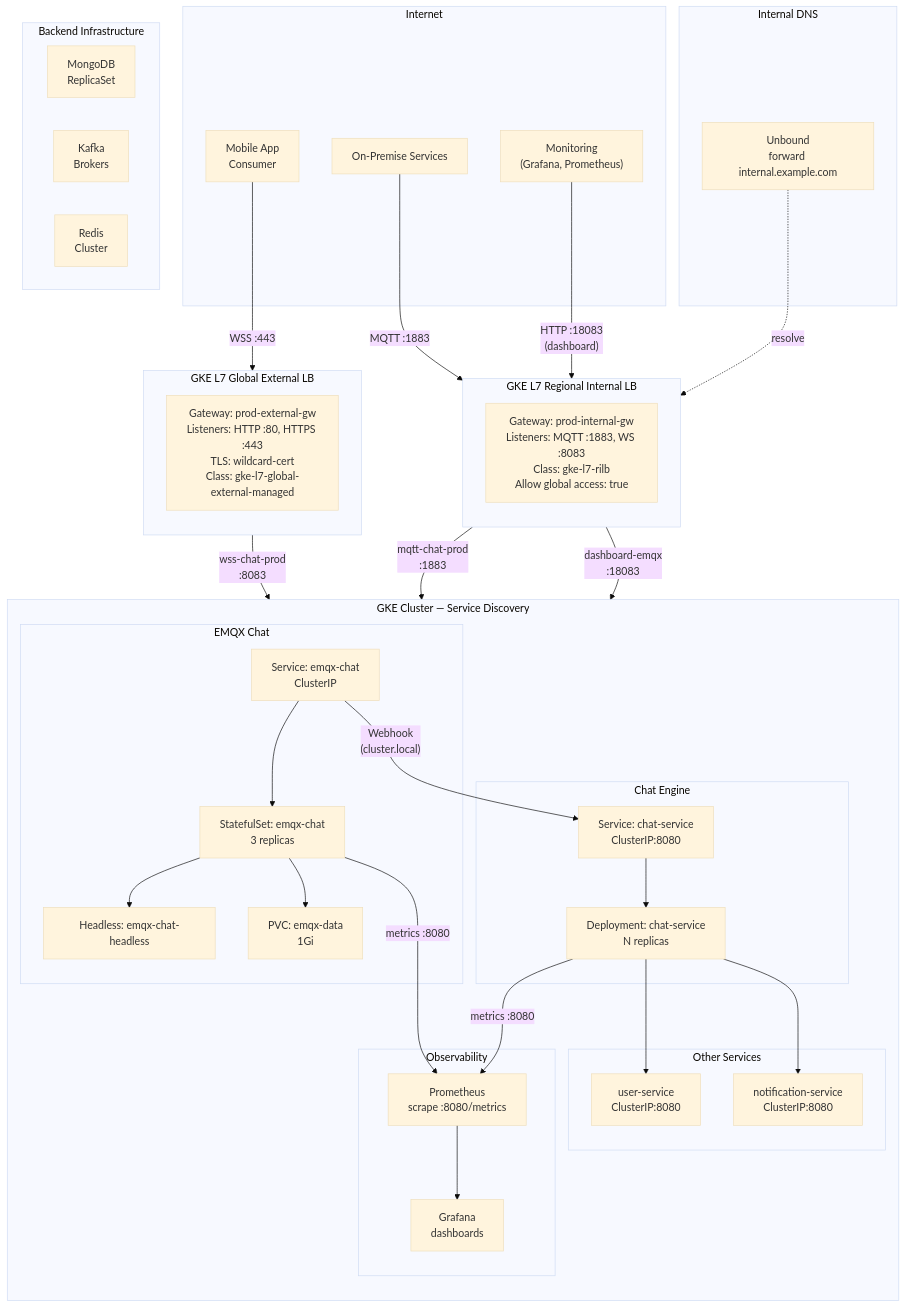
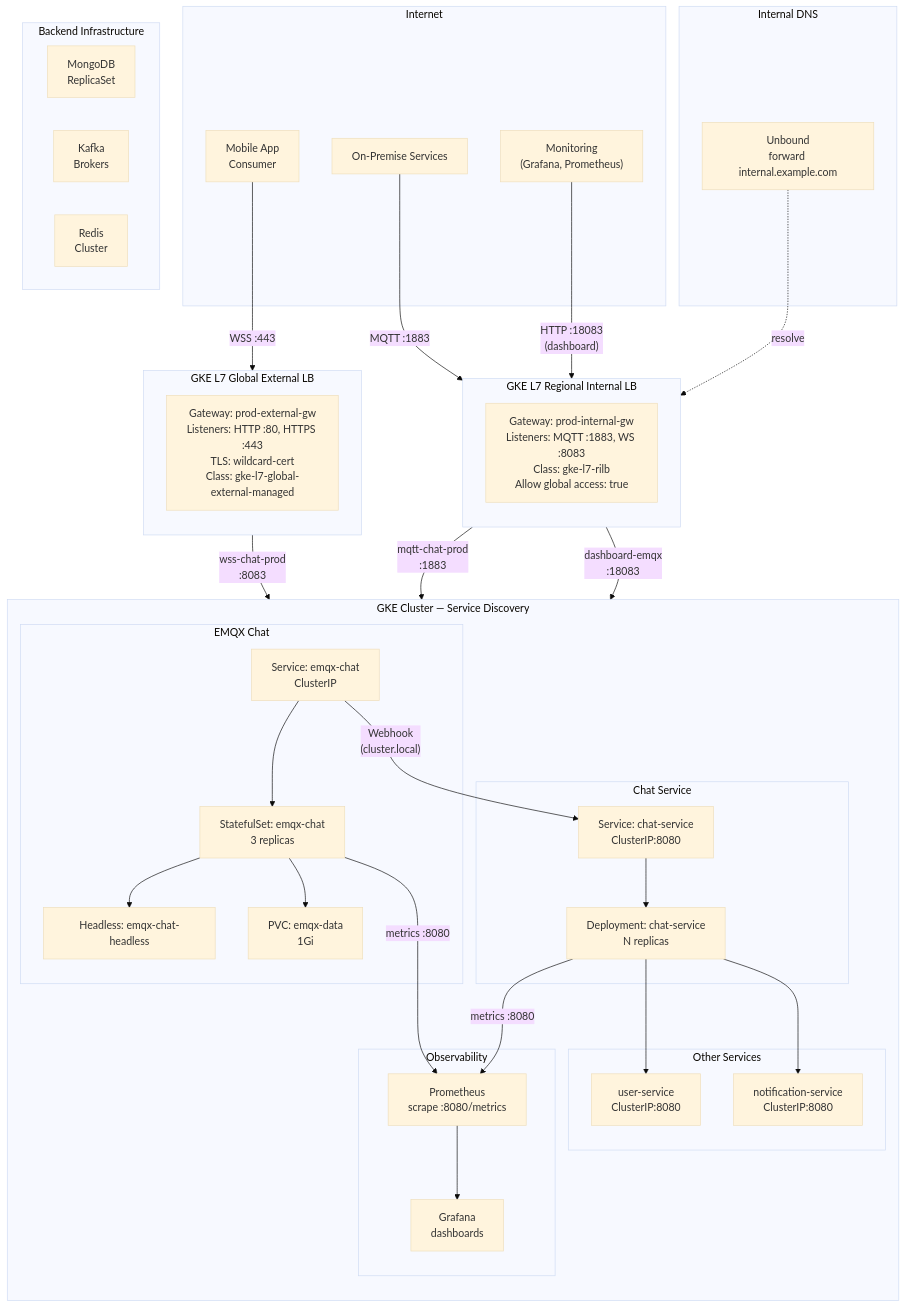
The fifth of 5 diagrams in src/content/docs/04-conferences/kcd-indonesia-2026/presentation-draft.md (ahmadnurhidayat/docs), drawn with Mermaid (base theme) before and after one commit. The commit also changed other lines of this file and 9 other files, not shown here.

````diff
--- a/src/content/docs/04-conferences/kcd-indonesia-2026/presentation-draft.md
+++ b/src/content/docs/04-conferences/kcd-indonesia-2026/presentation-draft.md
@@ -298,77 +298,77 @@
 ```mermaid
 flowchart TB
     subgraph INTERNET["Internet"]
         MOBILE["Mobile App<br/>Consumer"]
         ONPREM["On-Premise Services"]
         MONITOR["Monitoring<br/>(Grafana, Prometheus)"]
     end
 
     subgraph EXT_LB["GKE L7 Global External LB"]
         direction TB
         EXT_GW["Gateway: prod-external-gw<br/>Listeners: HTTP :80, HTTPS :443<br/>TLS: wildcard-cert<br/>Class: gke-l7-global-external-managed"]
     end
 
     subgraph INT_LB["GKE L7 Regional Internal LB"]
         direction TB
         INT_GW["Gateway: prod-internal-gw<br/>Listeners: MQTT :1883, WS :8083<br/>Class: gke-l7-rilb<br/>Allow global access: true"]
     end
 
     subgraph K8S["GKE Cluster — Service Discovery"]
         direction TB
 
         subgraph APP_CHAT["EMQX Chat"]
             CH_SVC["Service: emqx-chat<br/>ClusterIP"]
             CH_STS["StatefulSet: emqx-chat<br/>3 replicas"]
             CH_HD["Headless: emqx-chat-headless"]
             CH_PVC["PVC: emqx-data<br/>1Gi"]
         end
 
-        subgraph CHAT_ENGINE["Chat Engine"]
+        subgraph CHAT_ENGINE["Chat Service"]
             CE_SVC["Service: chat-service<br/>ClusterIP:8080"]
             CE_DEP["Deployment: chat-service<br/>N replicas"]
         end
 
         subgraph OTHER_SVCS["Other Services"]
             USER["user-service<br/>ClusterIP:8080"]
             NOTIF["notification-service<br/>ClusterIP:8080"]
         end
 
         subgraph OBSERVABILITY["Observability"]
             PROM["Prometheus<br/>scrape :8080/metrics"]
             GRAFANA["Grafana<br/>dashboards"]
         end
     end
 
     subgraph DNS["Internal DNS"]
         UNBOUND["Unbound<br/>forward internal.example.com"]
     end
 
     subgraph BACKEND_EXT["Backend Infrastructure"]
         MONGO["MongoDB<br/>ReplicaSet"]
         KAFKA["Kafka<br/>Brokers"]
         REDIS["Redis<br/>Cluster"]
     end
 
     MOBILE -->|"WSS :443"| EXT_GW
     ONPREM -->|"MQTT :1883"| INT_GW
     MONITOR -->|"HTTP :18083<br/>(dashboard)"| INT_GW
 
     EXT_GW -->|"wss-chat-prod<br/>:8083"| CH_SVC
     INT_GW -->|"mqtt-chat-prod<br/>:1883"| CH_SVC
     INT_GW -->|"dashboard-emqx<br/>:18083"| CH_SVC
 
     CH_SVC --> CH_STS
     CH_STS --> CH_HD
     CH_STS --> CH_PVC
 
     CH_SVC -->|"Webhook<br/>(cluster.local)"| CE_SVC
     CE_SVC --> CE_DEP
     CE_DEP --> USER
     CE_DEP --> NOTIF
 
     CH_STS -->|"metrics :8080"| PROM
     CE_DEP -->|"metrics :8080"| PROM
     PROM --> GRAFANA
 
     UNBOUND -.->|"resolve"| INT_GW
 ```
````
